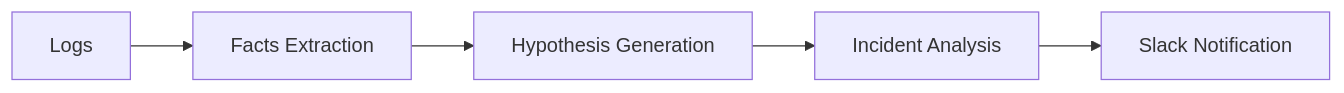
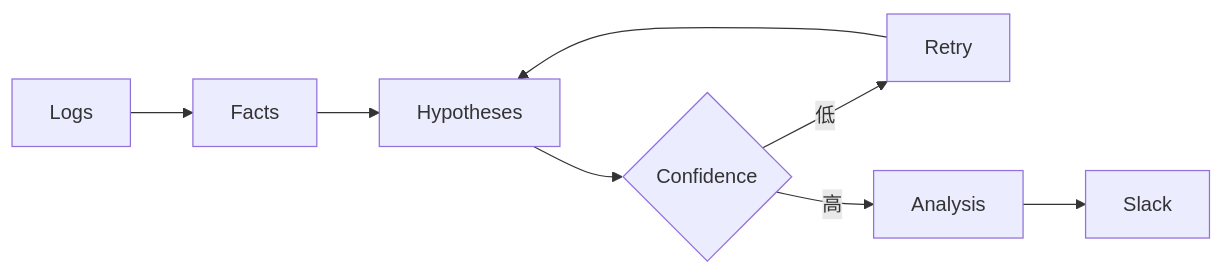
Before and after one commit to Saxon-Pi/ai-sre-assistant: the second of 2 diagrams in README.md, drawn with Mermaid. The commit also changed other lines of this file and 2 other files, not shown here.

````diff
--- a/README.md
+++ b/README.md
@@ -78,8 +94,11 @@
 ``` mermaid
 flowchart LR
 
-A[Logs] --> B[Facts Extraction]
-B --> C[Hypothesis Generation]
-C --> D[Incident Analysis]
-D --> E[Slack Notification]
+A[Logs] --> B[Facts]
+B --> C[Hypotheses]
+C --> D{Confidence}
+D -->|低| E[Retry]
+E --> C
+D -->|高| F[Analysis]
+F --> G[Slack]
 ```
````
